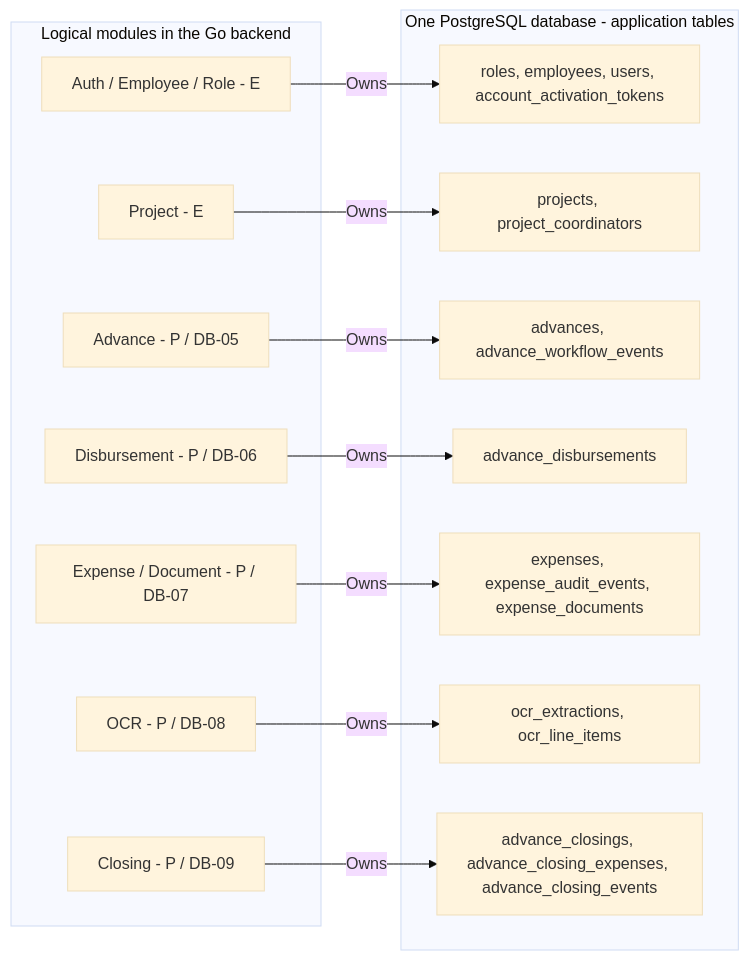
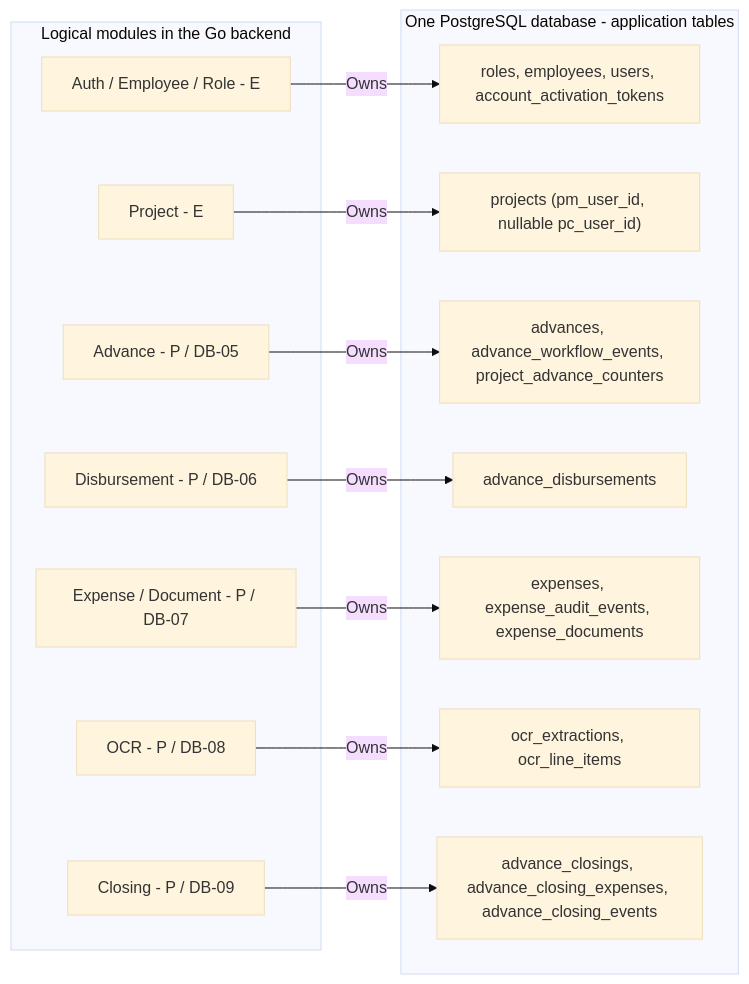
Before and after one commit to ERBM-Capstone/ERBM-backend: the first of 2 diagrams in docs/migration-plans/erbm-database-plan.md, drawn with Mermaid (base theme). The commit also changed other lines of this file and 22 other files, not shown here.

````diff
--- a/docs/migration-plans/erbm-database-plan.md
+++ b/docs/migration-plans/erbm-database-plan.md
@@ -108,30 +113,30 @@
 ```mermaid
 flowchart LR
     subgraph moduleLayer ["Logical modules in the Go backend"]
         authModule["Auth / Employee / Role - E"]
         projectModule["Project - E"]
         advanceModule["Advance - P / DB-05"]
         disbursementModule["Disbursement - P / DB-06"]
         expenseModule["Expense / Document - P / DB-07"]
         ocrModule["OCR - P / DB-08"]
         closingModule["Closing - P / DB-09"]
     end
 
     subgraph databaseLayer ["One PostgreSQL database - application tables"]
         authTables["roles, employees, users, account_activation_tokens"]
-        projectTables["projects, project_coordinators"]
-        advanceTables["advances, advance_workflow_events"]
+        projectTables["projects (pm_user_id, nullable pc_user_id)"]
+        advanceTables["advances, advance_workflow_events, project_advance_counters"]
         disbursementTables["advance_disbursements"]
         expenseTables["expenses, expense_audit_events, expense_documents"]
         ocrTables["ocr_extractions, ocr_line_items"]
         closingTables["advance_closings, advance_closing_expenses, advance_closing_events"]
     end
 
     authModule -->|"Owns"| authTables
     projectModule -->|"Owns"| projectTables
     advanceModule -->|"Owns"| advanceTables
     disbursementModule -->|"Owns"| disbursementTables
     expenseModule -->|"Owns"| expenseTables
     ocrModule -->|"Owns"| ocrTables
     closingModule -->|"Owns"| closingTables
 ```
````
